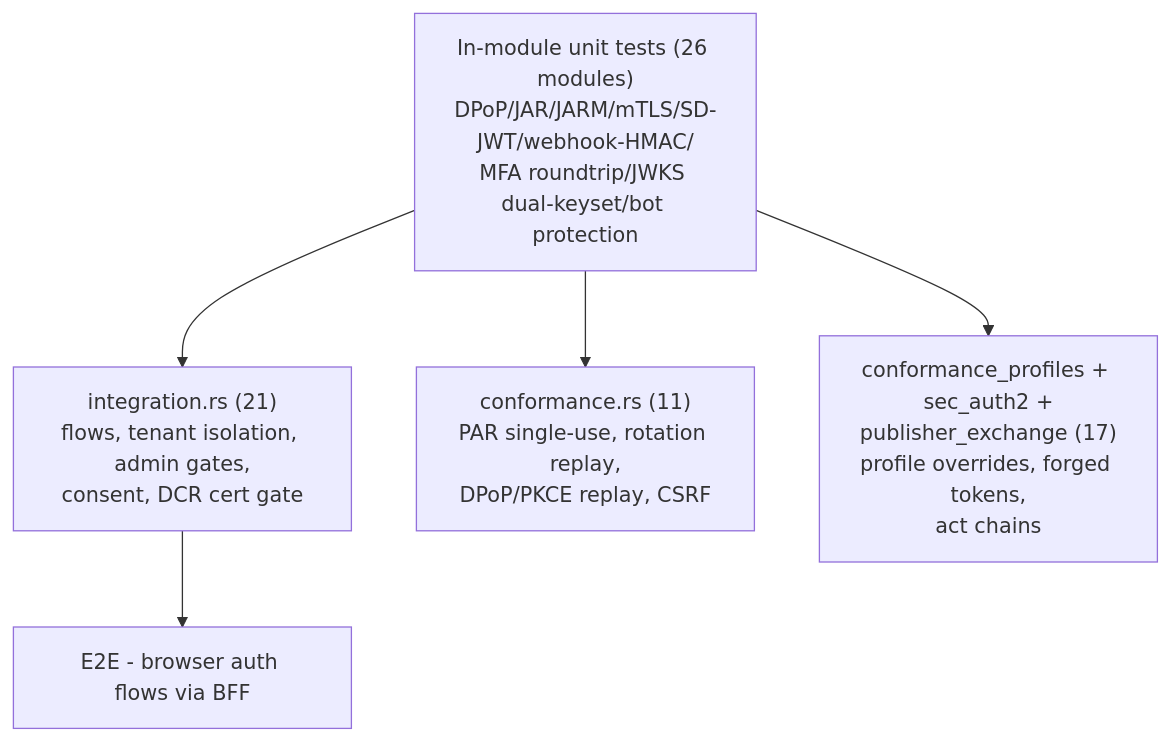
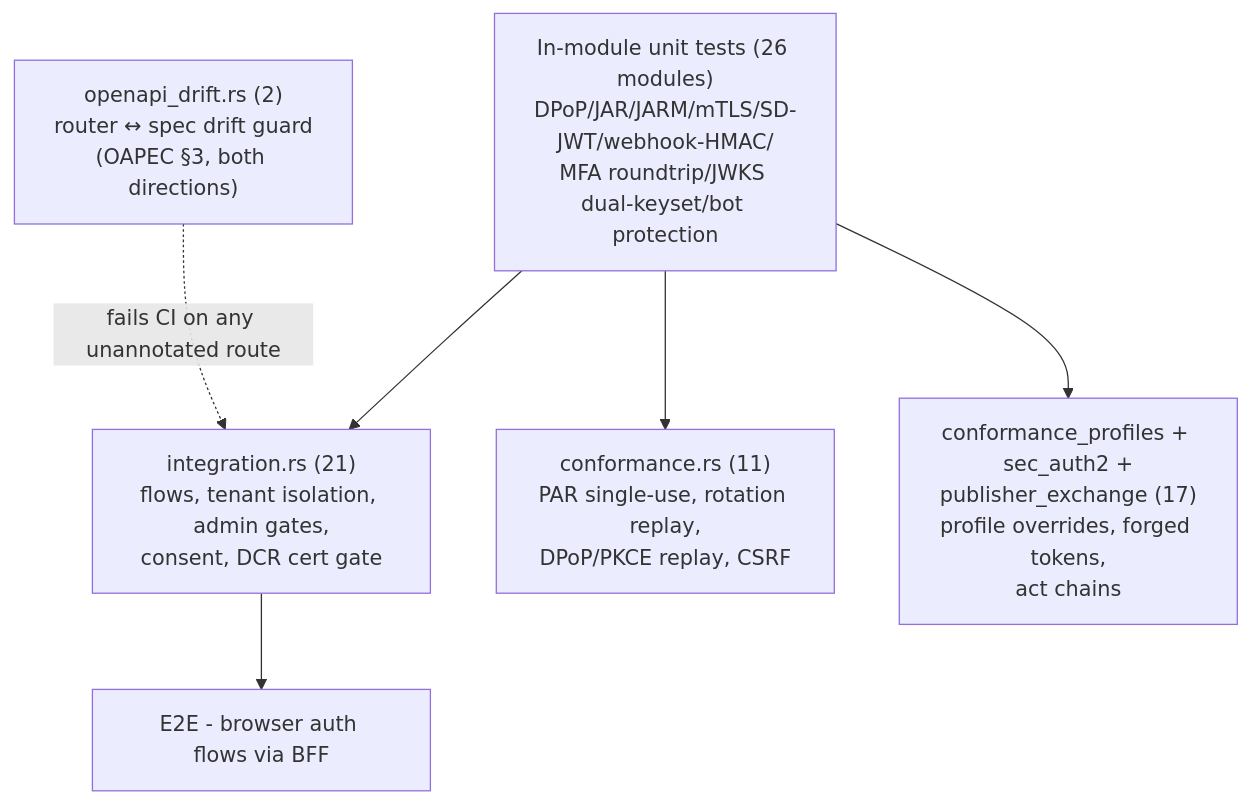
Diagram 12 of 12 in docs/services/auth/design.md (Sentin8/sentin8-site), drawn with Mermaid before and after one commit. The commit also changed other lines of this file and 2482 other files, not shown here.

````diff
--- a/docs/services/auth/design.md
+++ b/docs/services/auth/design.md
@@ -595,10 +620,12 @@
 ```mermaid
 graph TD
     U["In-module unit tests (26 modules)<br/>DPoP/JAR/JARM/mTLS/SD-JWT/webhook-HMAC/<br/>MFA roundtrip/JWKS dual-keyset/bot protection"]
     I1["integration.rs (21)<br/>flows, tenant isolation, admin gates,<br/>consent, DCR cert gate"]
+    OG["openapi_drift.rs (2)<br/>router ↔ spec drift guard<br/>(OAPEC §3, both directions)"]
     I2["conformance.rs (11)<br/>PAR single-use, rotation replay,<br/>DPoP/PKCE replay, CSRF"]
     I3["conformance_profiles + sec_auth2 +<br/>publisher_exchange (17)<br/>profile overrides, forged tokens,<br/>act chains"]
     E["E2E - browser auth flows via BFF"]
     U --> I1 & I2 & I3
+    OG -.fails CI on any unannotated route.-> I1
     I1 --> E
 ```
````
